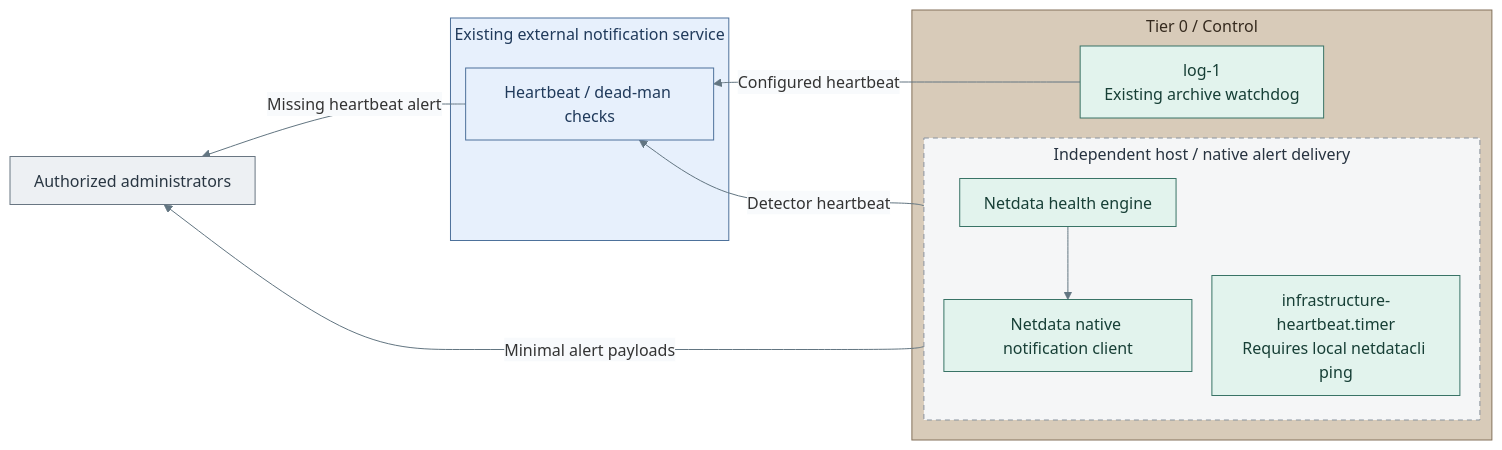
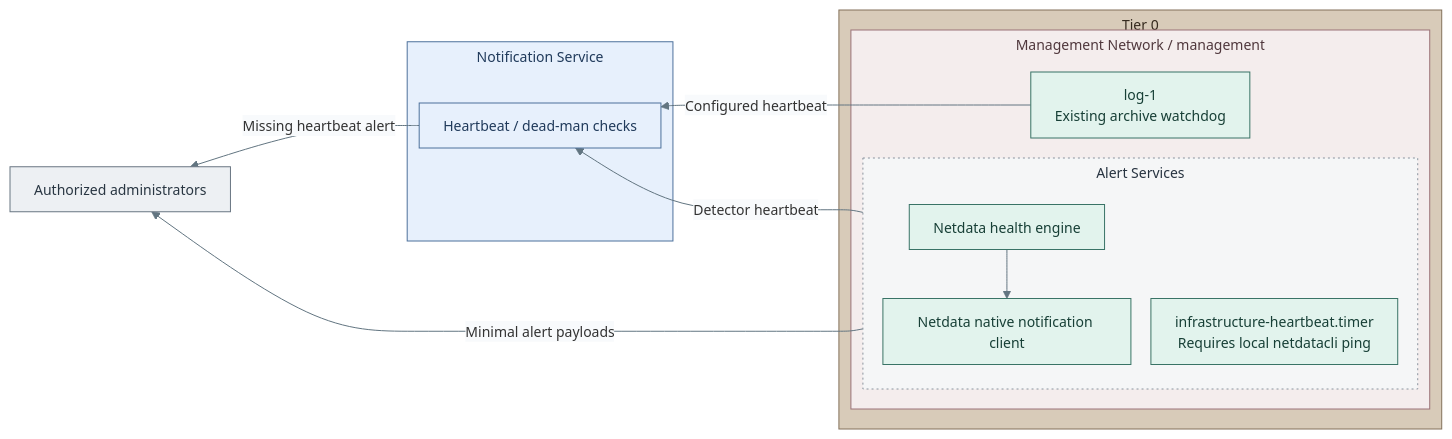
Before and after one commit to Rexus/homelab: the third of 3 diagrams in docs/03-deployment/stage-6-secrets/procedures/independent-monitoring.md, drawn with Mermaid. The commit also changed other lines of this file and 124 other files, not shown here.

First line of the commit message:
fix(platform): align service diagrams and directory failover

````diff
--- a/docs/03-deployment/stage-6-secrets/procedures/independent-monitoring.md
+++ b/docs/03-deployment/stage-6-secrets/procedures/independent-monitoring.md
@@ -275,31 +286,36 @@
 ```mermaid
-%%{init: {"theme":"base","flowchart":{"nodeSpacing":20,"rankSpacing":24,"padding":12,"subGraphTitleMargin":{"top":4,"bottom":12}},"themeVariables":{"lineColor":"#627581","edgeLabelBackground":"#f8fafc"}}}%%
+%%{init: {"theme":"base","flowchart":{"nodeSpacing":20,"rankSpacing":24,"padding":12,"subGraphTitleMargin":{"top":4,"bottom":18}},"themeVariables":{"lineColor":"#627581","edgeLabelBackground":"#f8fafc","fontFamily":"Arial, sans-serif","fontSize":"14px"},"fontFamily":"Arial, sans-serif"}}%%
 flowchart RL
-  subgraph T0["Tier 0 / Control"]
-    subgraph Project["Independent host / native alert delivery"]
-      direction TB
-      Rules["Netdata health engine"] --> Routing["Netdata native notification client"]
-      Heartbeat["infrastructure-heartbeat.timer<br/>Requires local netdatacli ping"]
+  subgraph T0["Tier 0"]
+    subgraph ManagementNetwork["Management Network / management"]
+      subgraph Project["Alert Services"]
+        direction TB
+        Rules["Netdata health engine"] --> Routing["Netdata native notification client"]
+        Heartbeat["infrastructure-heartbeat.timer<br/>Requires local netdatacli ping"]
+      end
+      Log["log-1<br/>Existing archive watchdog"]
     end
-    Log["log-1<br/>Existing archive watchdog"]
   end
-  subgraph External["Existing external notification service"]
+  subgraph External["Notification Service"]
     Watch["Heartbeat / dead-man checks"]
   end
   Admin["Authorized administrators"]
   Watch -->|Missing heartbeat alert| Admin
   Routing -->|Minimal alert payloads| Admin
   Log -->|Configured heartbeat| Watch
   Heartbeat -->|Detector heartbeat| Watch
   classDef default fill:#f8fafc,stroke:#64748b,color:#1f2937
   classDef control fill:#e2f3ed,stroke:#397366,color:#173f36
   classDef actor fill:#edf0f3,stroke:#697682,color:#293642
   classDef services fill:#e7f0fc,stroke:#4d719b,color:#203a5b
-  classDef replicas fill:#f5f6f7,stroke:#89939e,color:#273340,stroke-dasharray:5 4
+  classDef replicas fill:#f5f6f7,stroke:#89939e,color:#273340,stroke-dasharray:2 3
   class Rules,Routing,Heartbeat,Log control
   class External,Watch services
   class Admin actor
   class Project replicas
   classDef tier0 fill:#d8cbb9,stroke:#83715a,color:#352a1e
   class T0 tier0
+  classDef zoneControl fill:#c9e0d5,stroke:#397366,color:#173f36
+  classDef network fill:#f4eded,stroke:#9b7378,color:#50383d
+  class ManagementNetwork network
 ```
````
